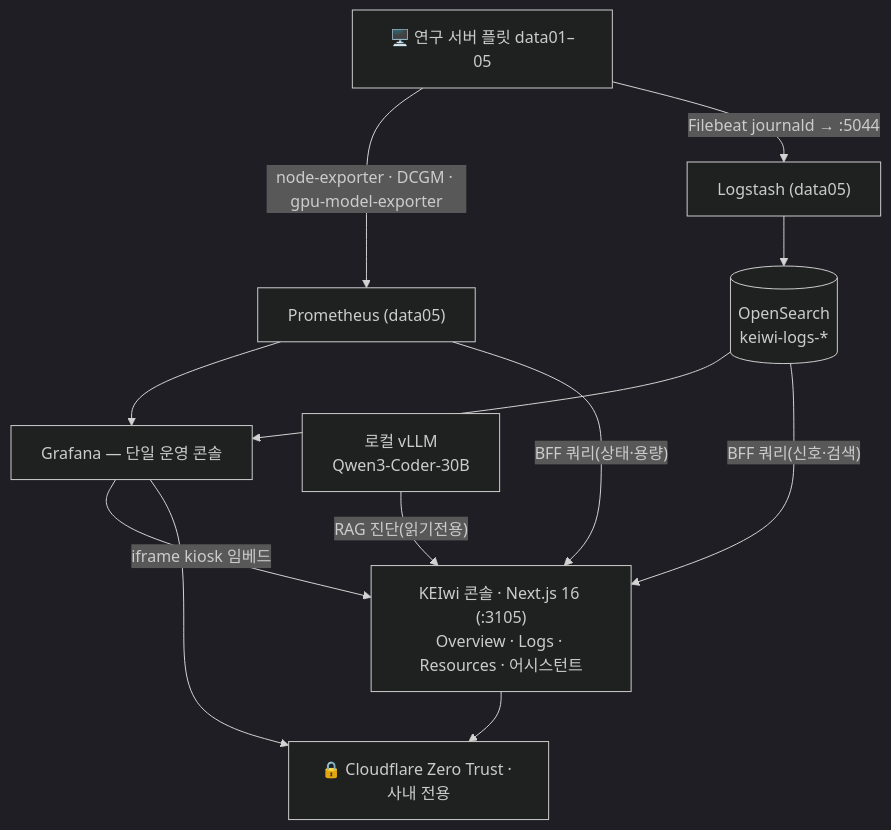
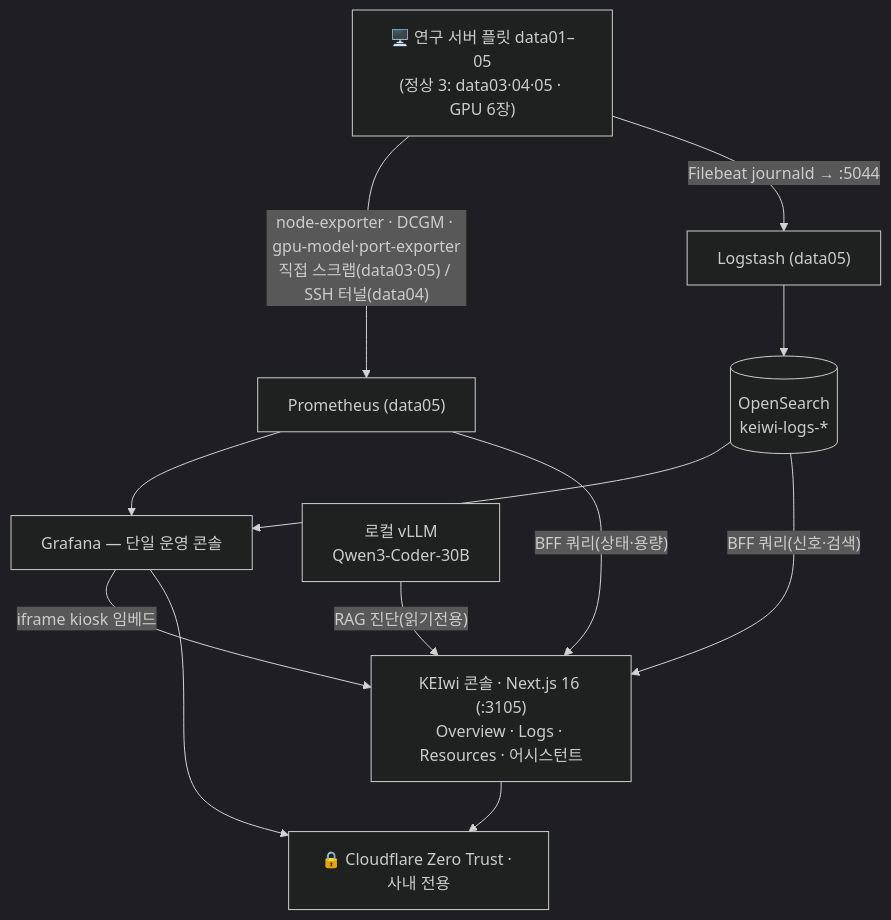
One commit to mooner92/KEIwi changed the first of 3 diagrams in README.md. Above: the diagram before and after it, drawn with Mermaid (dark theme). The commit also changed other lines of this file and 19 other files, not shown here.

````diff
--- a/README.md
+++ b/README.md
@@ -37,15 +37,15 @@
 ```mermaid
 flowchart TD
-    Fleet["🖥️ 연구 서버 플릿 data01–05"]
-    Fleet -->|"node-exporter · DCGM · gpu-model-exporter"| Prom["Prometheus (data05)"]
+    Fleet["🖥️ 연구 서버 플릿 data01–05<br/>(정상 3: data03·04·05 · GPU 6장)"]
+    Fleet -->|"node-exporter · DCGM · gpu-model·port-exporter<br/>직접 스크랩(data03·05) / SSH 터널(data04)"| Prom["Prometheus (data05)"]
     Fleet -->|"Filebeat journald → :5044"| LS["Logstash (data05)"]
     LS --> OS[("OpenSearch<br/>keiwi-logs-*")]
     Prom --> Graf["Grafana — 단일 운영 콘솔"]
     OS --> Graf
     Graf -->|"iframe kiosk 임베드"| Console
     Prom -->|"BFF 쿼리(상태·용량)"| Console["KEIwi 콘솔 · Next.js 16 (:3105)<br/>Overview · Logs · Resources · 어시스턴트"]
     OS -->|"BFF 쿼리(신호·검색)"| Console
     vLLM["로컬 vLLM<br/>Qwen3-Coder-30B"] -->|"RAG 진단(읽기전용)"| Console
     Console --> ZT["🔒 Cloudflare Zero Trust · 사내 전용"]
     Graf --> ZT
 ```
````
